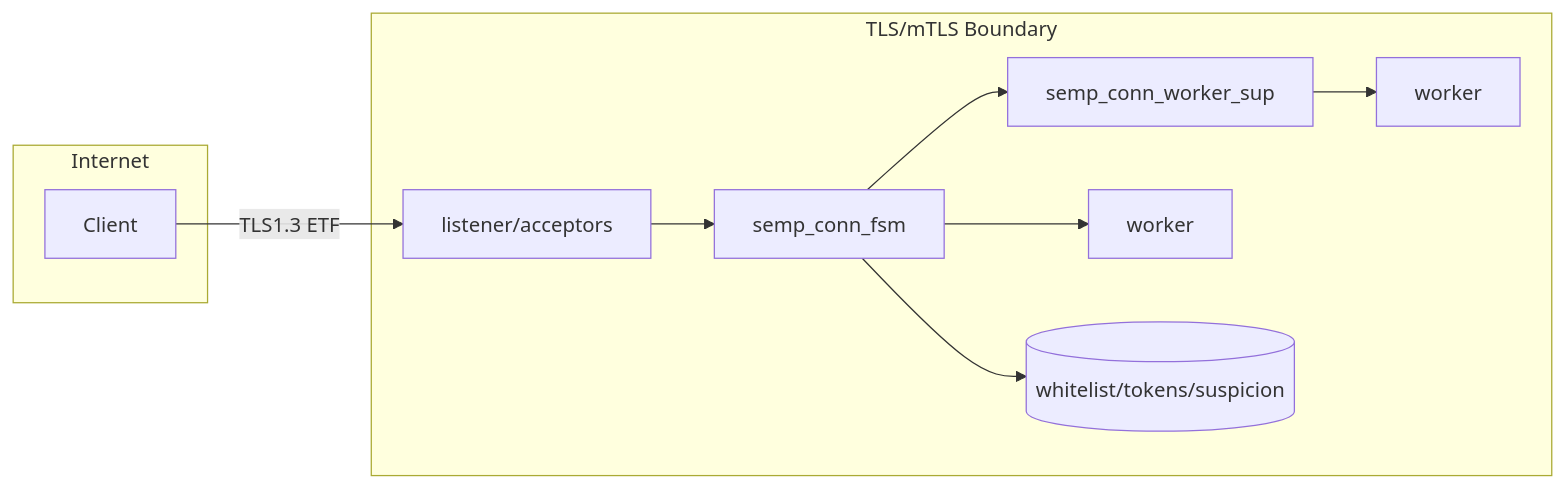
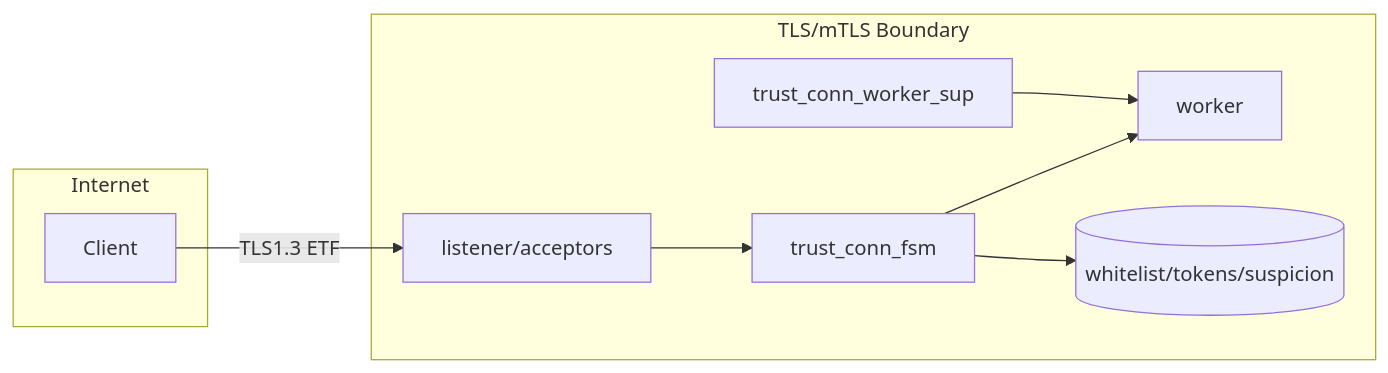
The fifth of 5 diagrams in multiplexing and backpressure design doc.md (yenrab/BEAM_SEMP), drawn with Mermaid before and after one commit. The commit also changed other lines of this file, not shown here.

Commit message:
changed semp_ to trust_ for all modules

````diff
--- a/multiplexing and backpressure design doc.md
+++ b/multiplexing and backpressure design doc.md
@@ -345,18 +345,18 @@
 ```mermaid
 %% diagram: security-dfd
 flowchart LR
   subgraph Internet
     C[Client]
   end
   subgraph Server[TLS/mTLS Boundary]
     L[listener/acceptors]
-    FSM[semp_conn_fsm]
-    SUP[semp_conn_worker_sup]
+    FSM[trust_conn_fsm]
+    SUP[trust_conn_worker_sup]
     W1[worker]
-    W2[worker]
     ETS[(whitelist/tokens/suspicion)]
   end
-  C -- TLS1.3 ETF --> L --> FSM --> SUP --> W1
+  SUP --> W1
+  C -- TLS1.3 ETF --> L --> FSM
   FSM --> ETS
-  FSM --> W2
+  FSM --> W1
   ```
````
